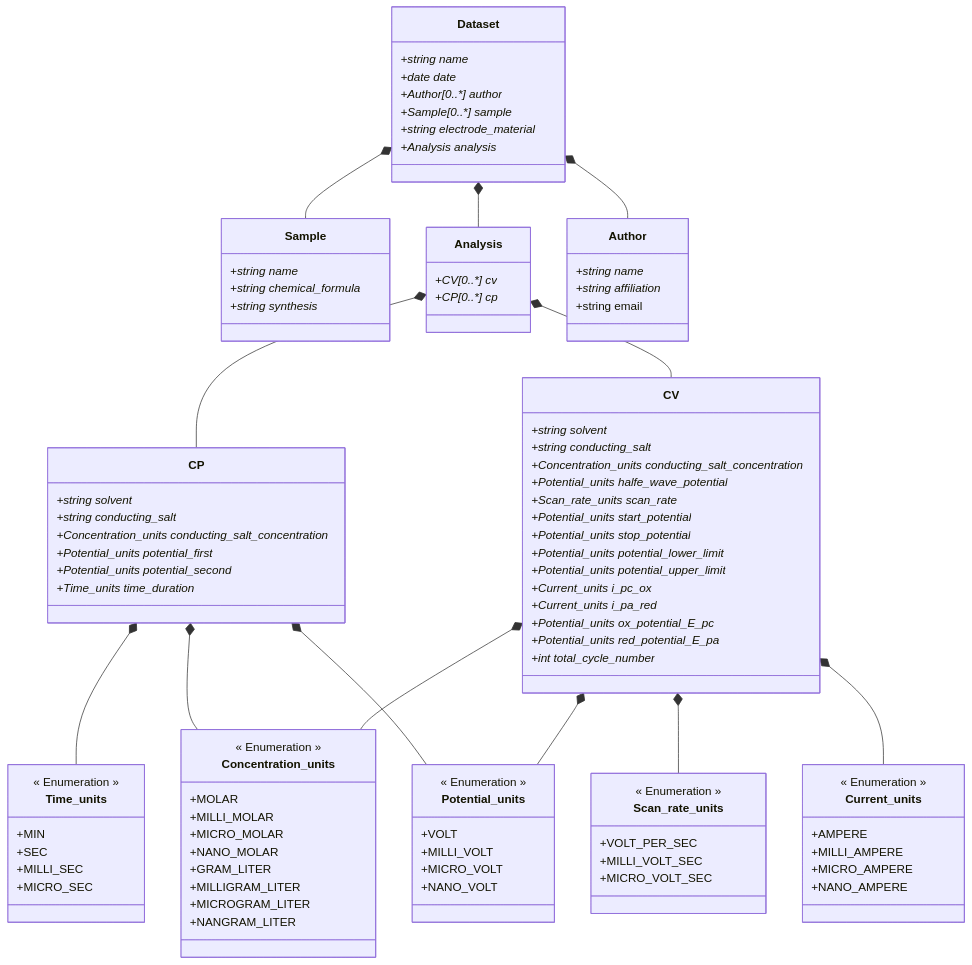
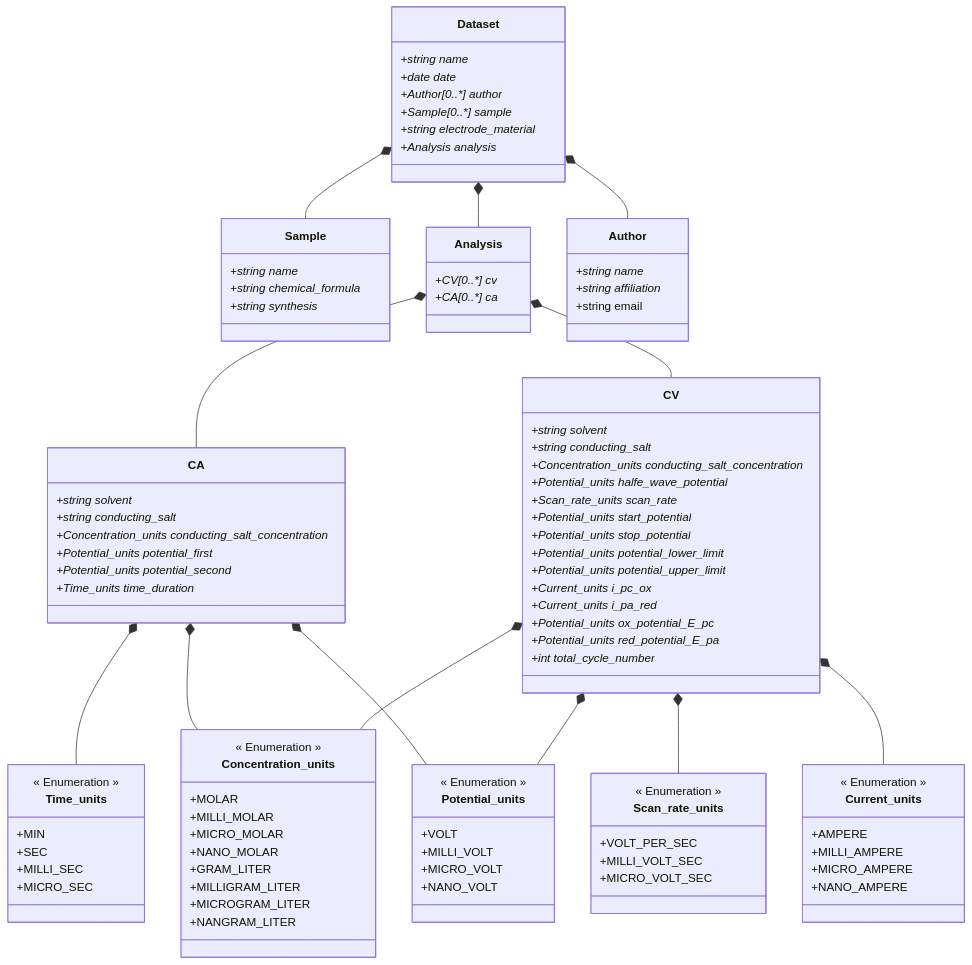
The diagram in ElectrochemistryDataModel/schemes/electrochemistrydatamodel_schema.md (FAIRChemistry/datamodel-electrochemistry), drawn with Mermaid before and after one commit. The commit also changed 8 other files, not shown here.

```diff
--- a/ElectrochemistryDataModel/schemes/electrochemistrydatamodel_schema.md
+++ b/ElectrochemistryDataModel/schemes/electrochemistrydatamodel_schema.md
@@ -3,11 +3,11 @@
     Dataset *-- Sample
     Dataset *-- Analysis
     Dataset *-- Author
-    Analysis *-- CP
+    Analysis *-- CA
     Analysis *-- CV
-    CP *-- Time_units
-    CP *-- Concentration_units
-    CP *-- Potential_units
+    CA *-- Time_units
+    CA *-- Concentration_units
+    CA *-- Potential_units
     CV *-- Concentration_units
     CV *-- Scan_rate_units
     CV *-- Current_units
@@ -30,10 +30,10 @@
     
     class Analysis {
         +CV[0..*] cv*
-        +CP[0..*] cp*
+        +CA[0..*] ca*
     }
     
-    class CP {
+    class CA {
         +string solvent*
         +string conducting_salt*
         +Concentration_units conducting_salt_concentration*
```
